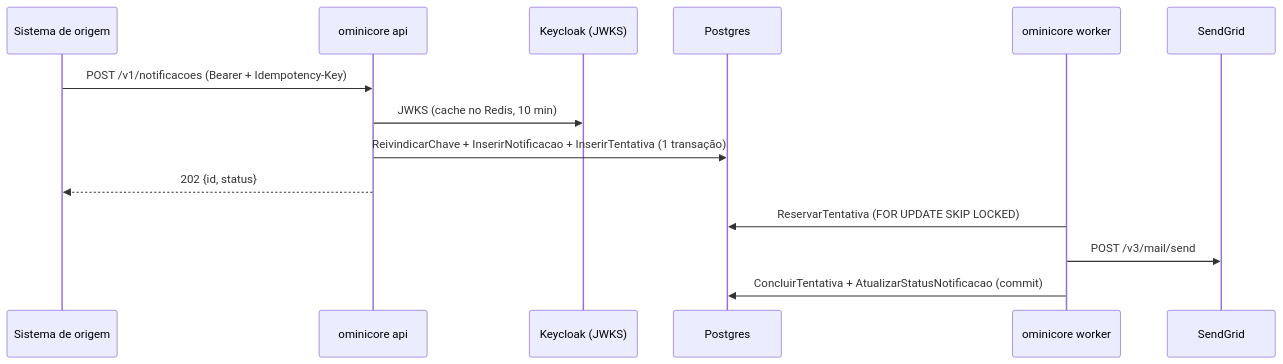
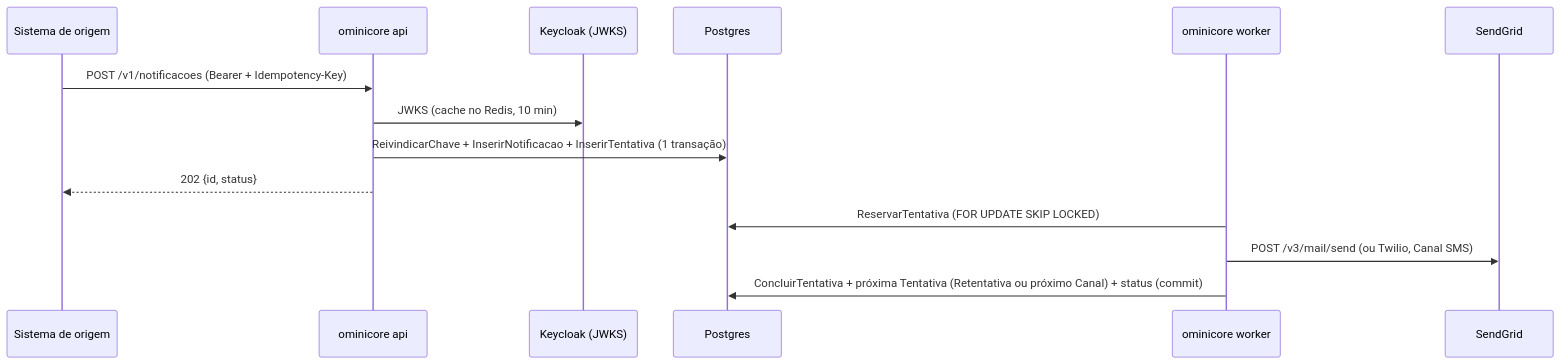
Before and after one commit to mauriciomiwa/ominicore-service: the diagram in DOC/System/mapa/envio.md, drawn with Mermaid. The commit also changed other lines of this file and 50 other files, not shown here.

First line of the commit message:
Fatia 2 (02-sms-e-fallback): SMS pelo Twilio, Retentativa e fallback

````diff
--- a/DOC/System/mapa/envio.md
+++ b/DOC/System/mapa/envio.md
@@ -20,16 +22,16 @@
 ```mermaid
 sequenceDiagram
   participant S as Sistema de origem
   participant A as ominicore api
   participant K as Keycloak (JWKS)
   participant P as Postgres
   participant W as ominicore worker
   participant G as SendGrid
   S->>A: POST /v1/notificacoes (Bearer + Idempotency-Key)
   A->>K: JWKS (cache no Redis, 10 min)
   A->>P: ReivindicarChave + InserirNotificacao + InserirTentativa (1 transação)
   A-->>S: 202 {id, status}
   W->>P: ReservarTentativa (FOR UPDATE SKIP LOCKED)
-  W->>G: POST /v3/mail/send
-  W->>P: ConcluirTentativa + AtualizarStatusNotificacao (commit)
+  W->>G: POST /v3/mail/send (ou Twilio, Canal SMS)
+  W->>P: ConcluirTentativa + próxima Tentativa (Retentativa ou próximo Canal) + status (commit)
 ```
````
